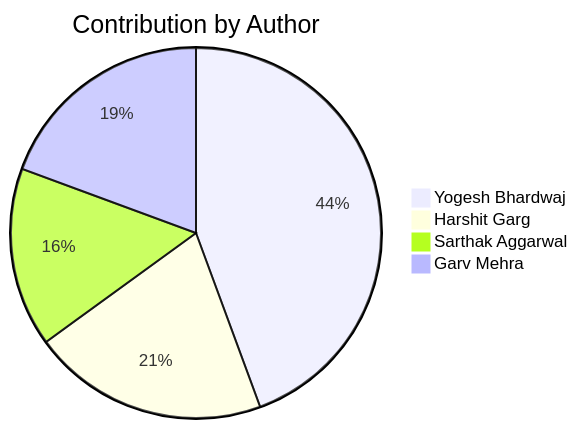
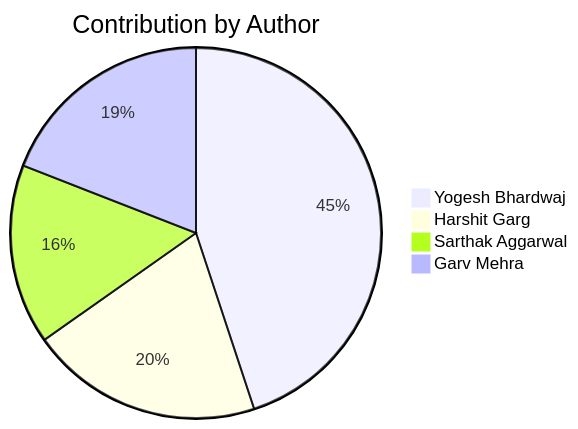
One commit to Yogesh-Bhardwaj-hue/Scm-Final_2.0 changed the second of 2 diagrams in README.md. Above: the diagram before and after it, drawn with Mermaid. The commit also changed other lines of this file, not shown here.

````diff
--- a/README.md
+++ b/README.md
@@ -220,7 +220,7 @@
 ```mermaid
 pie title Contribution by Author
-    "Yogesh Bhardwaj": 142
+    "Yogesh Bhardwaj": 146
     "Harshit Garg": 66
-    "Sarthak Aggarwal": 50
+    "Sarthak Aggarwal": 51
     "Garv Mehra": 62
 ```
````
